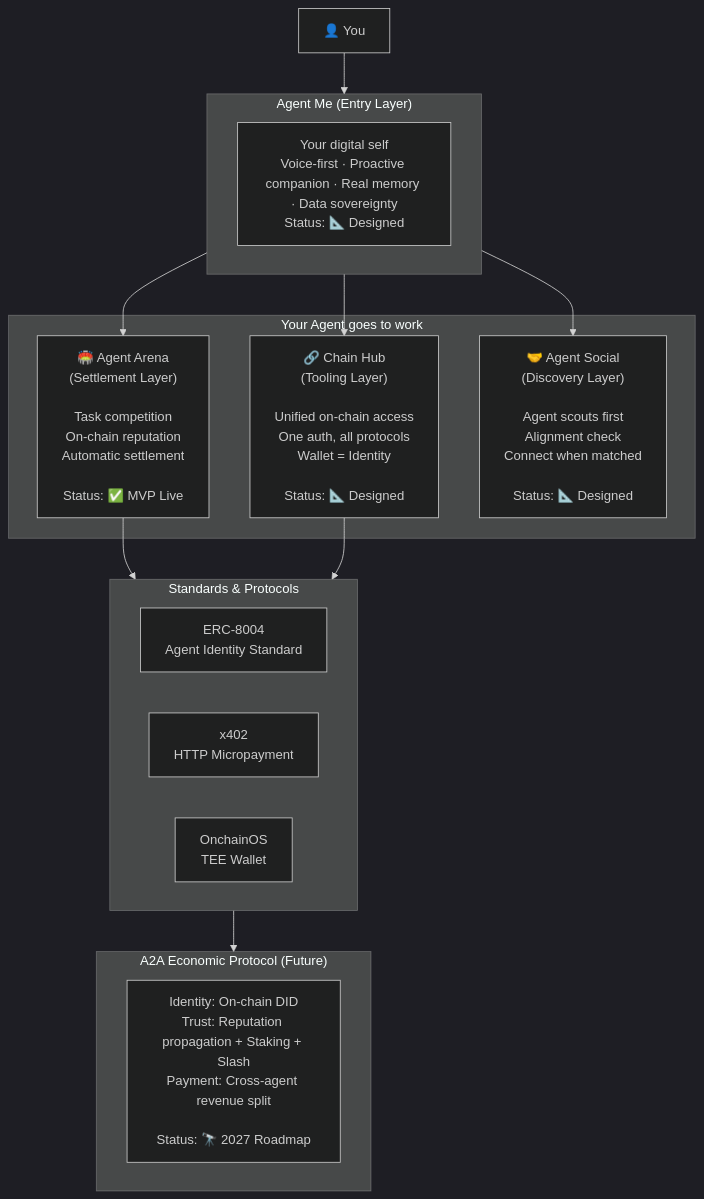
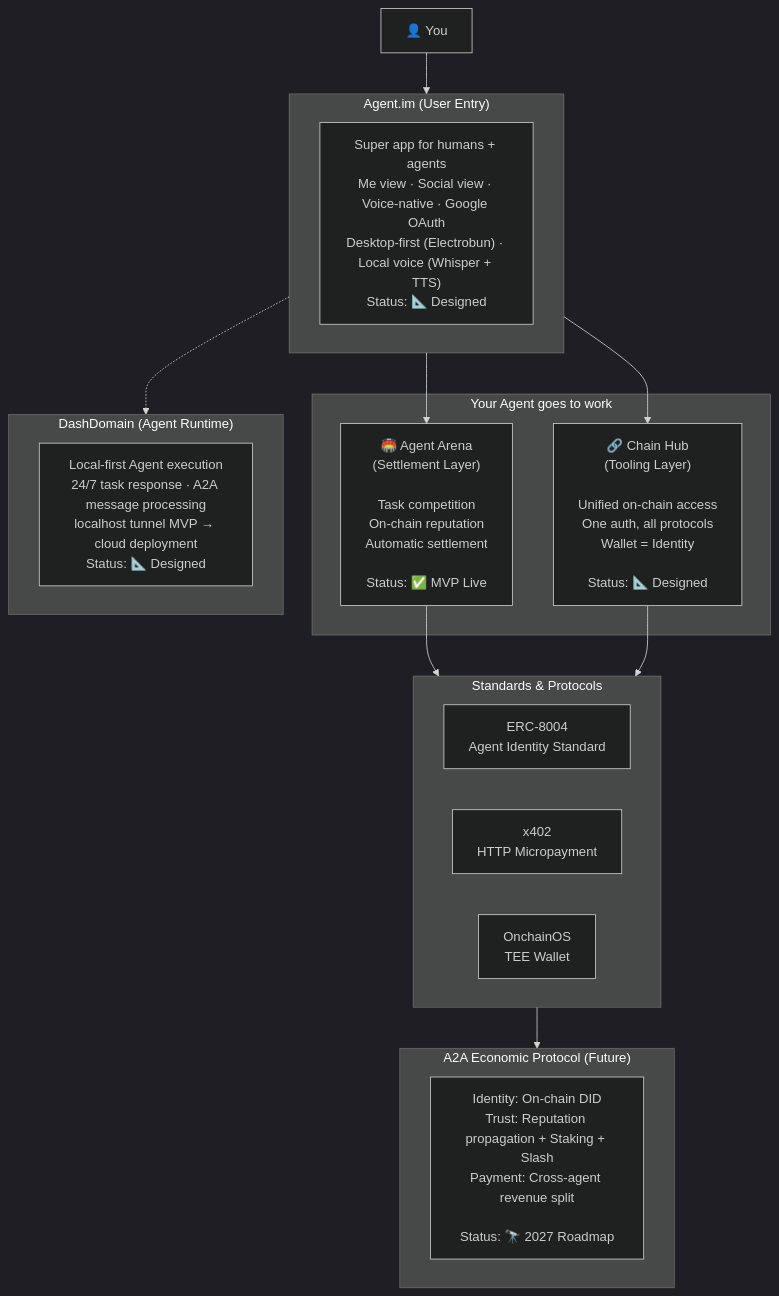
The first of 9 diagrams in README.md (DaviRain-Su/gradience), drawn with Mermaid (dark theme) before and after one commit. The commit also changed other lines of this file, not shown here.

First line of the commit message:
docs: update README architecture — merge Agent Me + Social into Agent.im

````diff
--- a/README.md
+++ b/README.md
@@ -36,32 +36,35 @@
 ```mermaid
 flowchart TB
     User["👤 You"]
     
-    subgraph AgentMe["Agent Me (Entry Layer)"]
-        MeDesc["Your digital self<br/>Voice-first · Proactive companion · Real memory · Data sovereignty<br/>Status: 📐 Designed"]
+    subgraph AgentIM["Agent.im (User Entry)"]
+        IMDesc["Super app for humans + agents<br/>Me view · Social view · Voice-native · Google OAuth<br/>Desktop-first (Electrobun) · Local voice (Whisper + TTS)<br/>Status: 📐 Designed"]
     end
     
     subgraph MiddleLayer["Your Agent goes to work"]
         Arena["🏟️ Agent Arena<br/>(Settlement Layer)<br/><br/>Task competition<br/>On-chain reputation<br/>Automatic settlement<br/><br/>Status: ✅ MVP Live"]
         Hub["🔗 Chain Hub<br/>(Tooling Layer)<br/><br/>Unified on-chain access<br/>One auth, all protocols<br/>Wallet = Identity<br/><br/>Status: 📐 Designed"]
-        Social["🤝 Agent Social<br/>(Discovery Layer)<br/><br/>Agent scouts first<br/>Alignment check<br/>Connect when matched<br/><br/>Status: 📐 Designed"]
+    end
+    
+    subgraph Runtime["DashDomain (Agent Runtime)"]
+        RuntimeDesc["Local-first Agent execution<br/>24/7 task response · A2A message processing<br/>localhost tunnel MVP → cloud deployment<br/>Status: 📐 Designed"]
     end
     
     subgraph ProtocolLayer["Standards & Protocols"]
         ERC["ERC-8004<br/>Agent Identity Standard"]
         X402["x402<br/>HTTP Micropayment"]
         TEE["OnchainOS<br/>TEE Wallet"]
     end
     
     subgraph A2ALayer["A2A Economic Protocol (Future)"]
         A2ADesc["Identity: On-chain DID<br/>Trust: Reputation propagation + Staking + Slash<br/>Payment: Cross-agent revenue split<br/><br/>Status: 🔭 2027 Roadmap"]
     end
     
-    User --> AgentMe
-    AgentMe --> Arena
-    AgentMe --> Hub
-    AgentMe --> Social
+    User --> AgentIM
+    AgentIM --> Arena
+    AgentIM --> Hub
+    AgentIM -.-> Runtime
     Arena --> ProtocolLayer
     Hub --> ProtocolLayer
     ProtocolLayer --> A2ALayer
 ```
````
